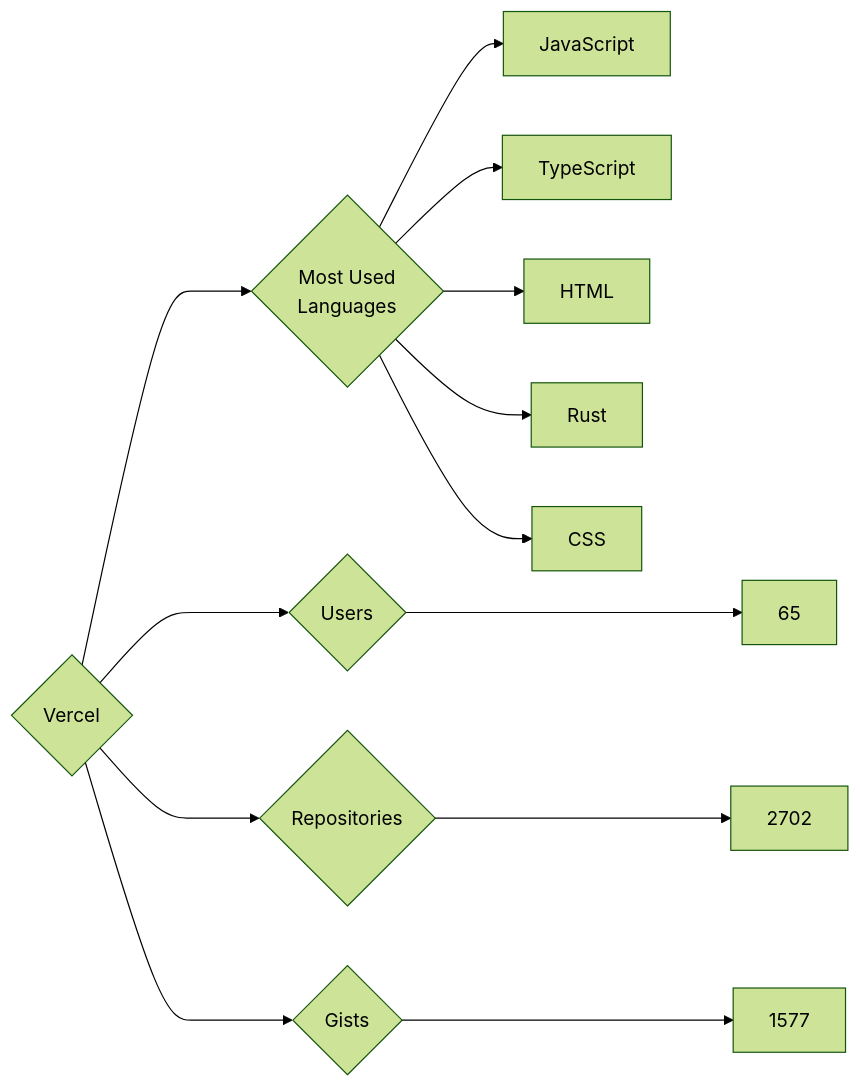
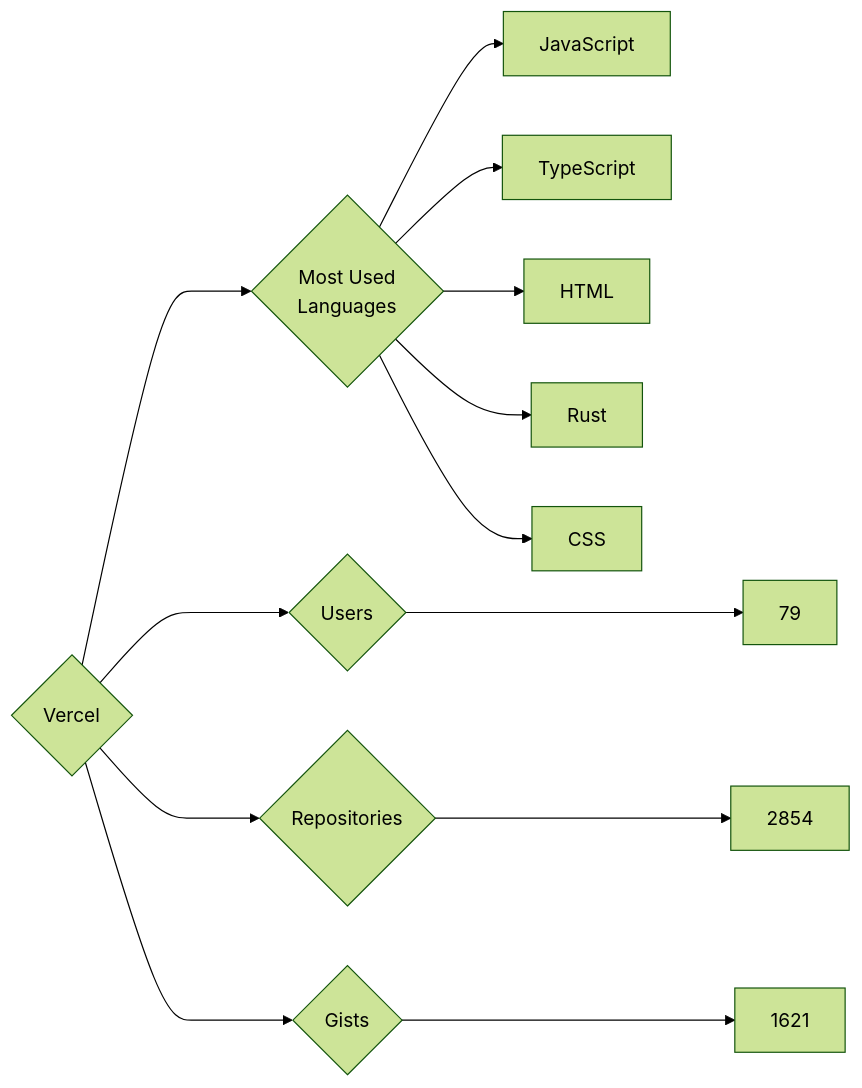
One commit to trickest/insiders changed the diagram in targets/Vercel/README.md. Above: the diagram before and after it, drawn with Mermaid (forest theme). The commit also changed 895 other files, not shown here.

````diff
--- a/targets/Vercel/README.md
+++ b/targets/Vercel/README.md
@@ -3,13 +3,13 @@
 ```mermaid
 graph LR
 COMPANY_NAME{Vercel}
-COMPANY_NAME ---> U{Users} ---> UN[65]
-COMPANY_NAME ---> R{Repositories} ---> RN[2702]
-COMPANY_NAME ---> G{Gists} ---> GN[1577]
+COMPANY_NAME ---> U{Users} ---> UN[79]
+COMPANY_NAME ---> R{Repositories} ---> RN[2854]
+COMPANY_NAME ---> G{Gists} ---> GN[1621]
 COMPANY_NAME ---> ML{Most Used<br>Languages}
 ML --> JavaScript[JavaScript]
 ML --> TypeScript[TypeScript]
 ML --> HTML[HTML]
 ML --> Rust[Rust]
 ML --> CSS[CSS]
 ```
````
